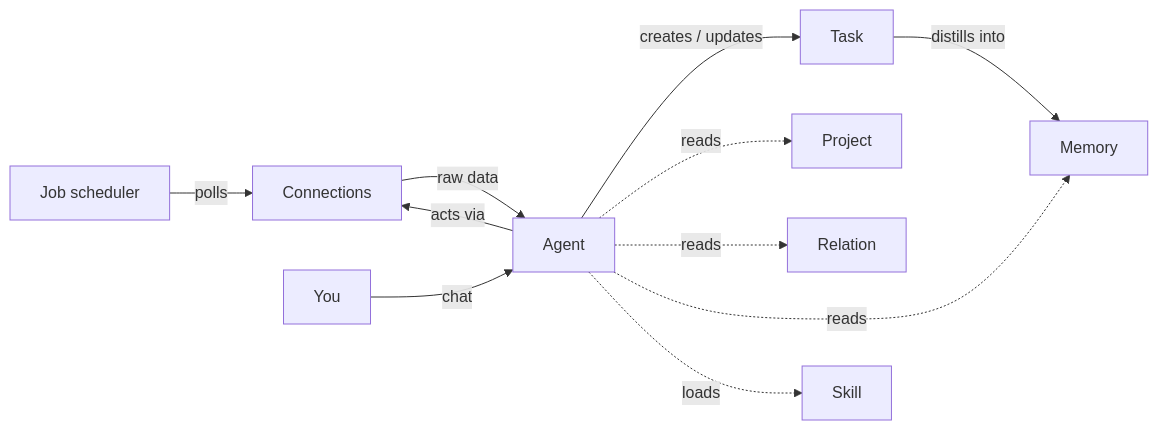
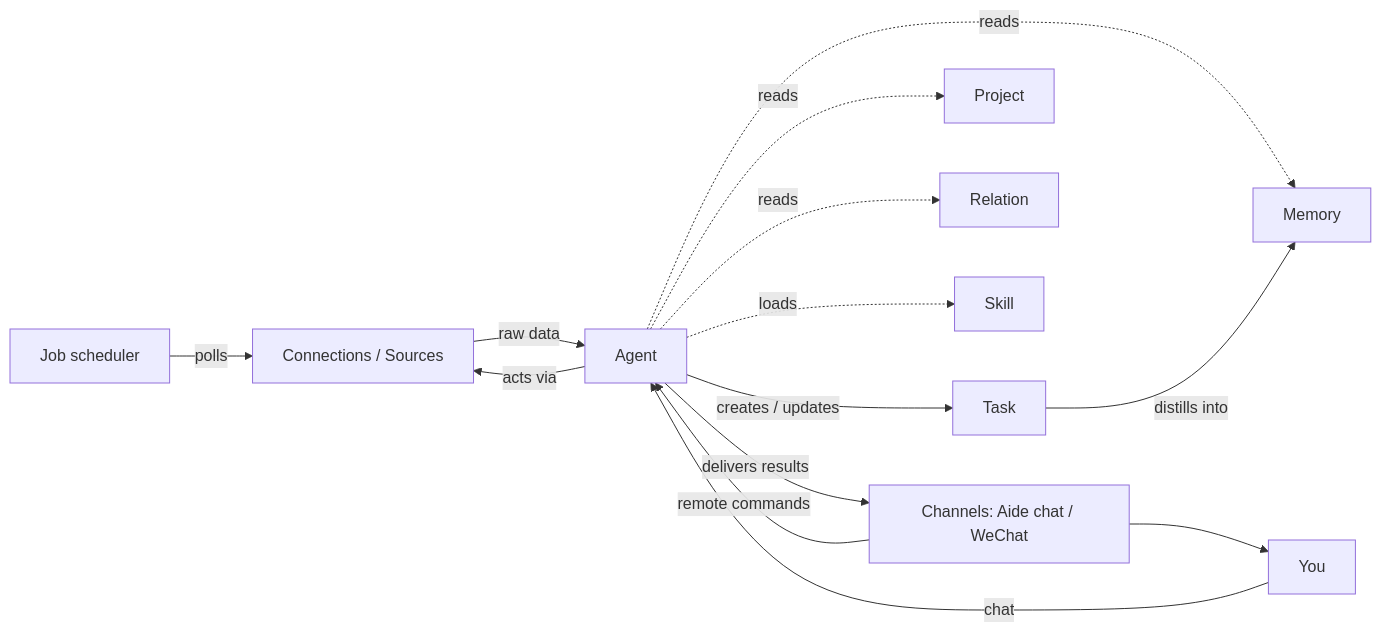
The diagram in README.md (wchigit/aide), drawn with Mermaid before and after one commit. The commit also changed other lines of this file and 25 other files, not shown here.

````diff
--- a/README.md
+++ b/README.md
@@ -71,13 +74,16 @@
 ```mermaid
 flowchart LR
-    J[Job scheduler] -->|polls| C[Connections]
+    J[Job scheduler] -->|polls| C[Connections / Sources]
     C -->|raw data| A[Agent]
     U[You] -->|chat| A
     A -->|creates / updates| T[Task]
     A -. reads .-> P[Project]
     A -. reads .-> R[Relation]
     A -. reads .-> M[Memory]
     A -. loads .-> S[Skill]
     A -->|acts via| C
+    A -->|delivers results| CH[Channels: Aide chat / WeChat]
+    CH -->|remote commands| A
+    CH --> U
     T -->|distills into| M
 ```
````
